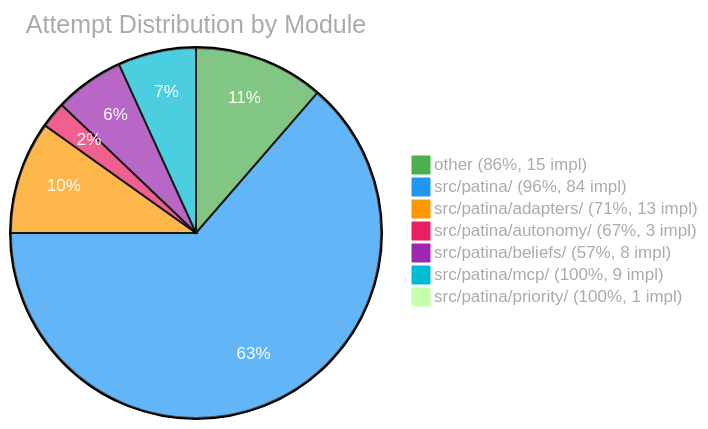
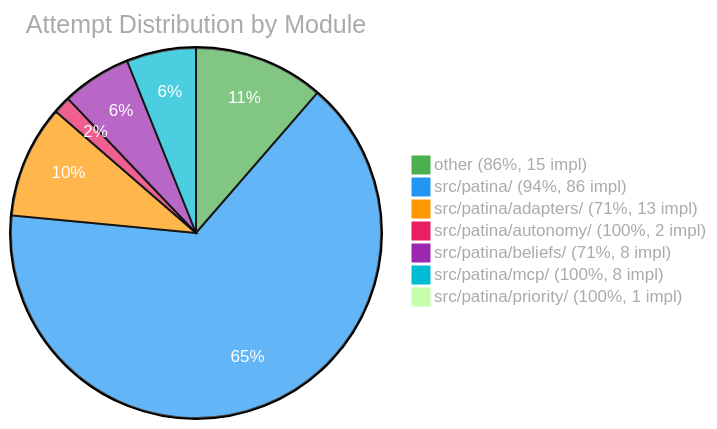
The third of 3 diagrams in EVAL.md (Bhavy-Ranka/patina), drawn with Mermaid before and after one commit. The commit also changed other lines of this file and 1 other file, not shown here.

````diff
--- a/EVAL.md
+++ b/EVAL.md
@@ -116,11 +116,11 @@
 ```mermaid
 %%{init: {'theme': 'base', 'themeVariables': {'pie1': '#4CAF50', 'pie2': '#2196F3', 'pie3': '#FF9800', 'pie4': '#E91E63', 'pie5': '#9C27B0', 'pie6': '#00BCD4', 'pieTitleTextColor': '#aaa', 'pieLegendTextColor': '#aaa', 'pieSectionTextColor': '#fff'}}}%%
 pie title Attempt Distribution by Module
     "other (86%, 15 impl)" : 15
-    "src/patina/ (96%, 84 impl)" : 84
+    "src/patina/ (94%, 86 impl)" : 86
     "src/patina/adapters/ (71%, 13 impl)" : 13
-    "src/patina/autonomy/ (67%, 3 impl)" : 3
-    "src/patina/beliefs/ (57%, 8 impl)" : 8
-    "src/patina/mcp/ (100%, 9 impl)" : 9
+    "src/patina/autonomy/ (100%, 2 impl)" : 2
+    "src/patina/beliefs/ (71%, 8 impl)" : 8
+    "src/patina/mcp/ (100%, 8 impl)" : 8
     "src/patina/priority/ (100%, 1 impl)" : 1
 ```
````
